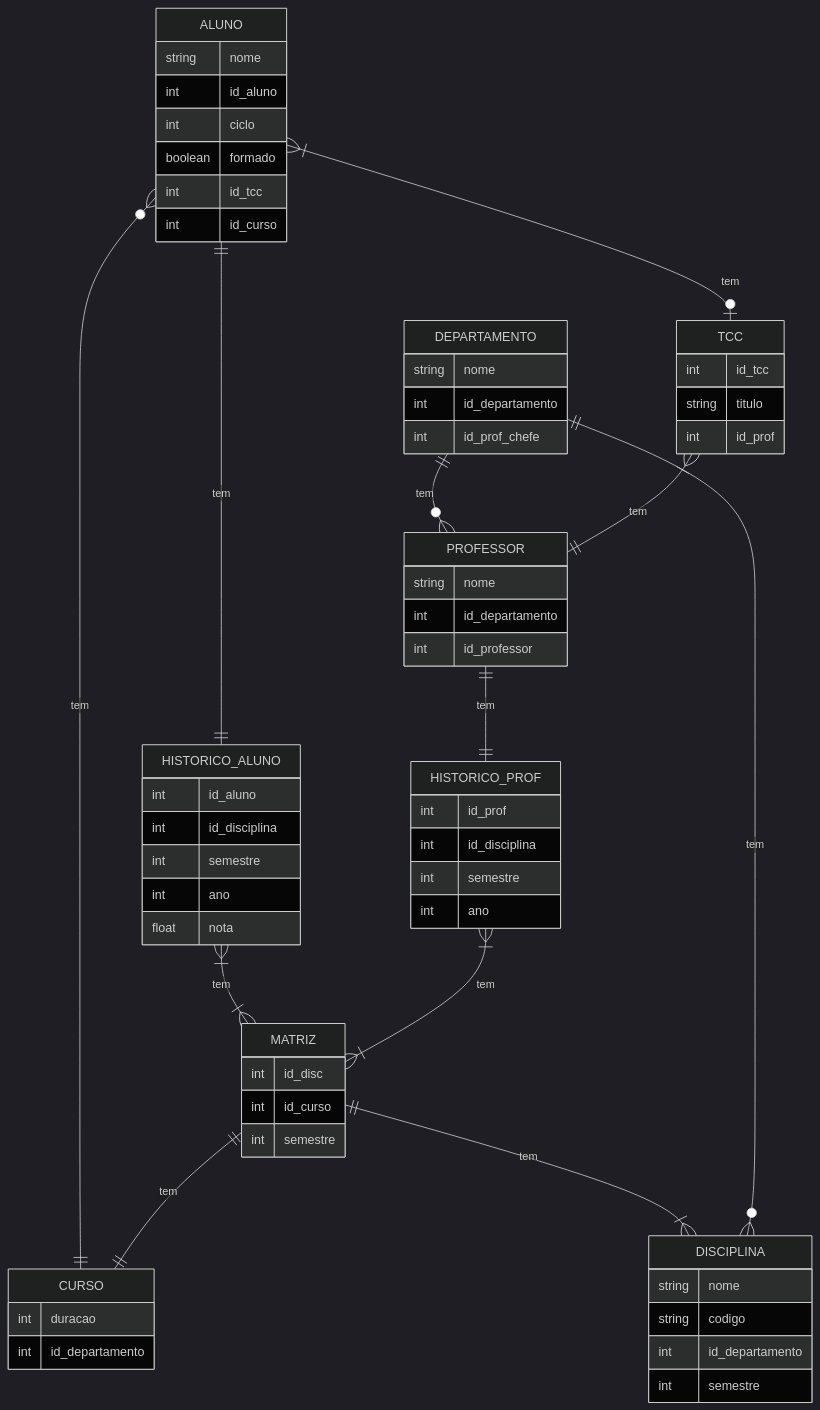
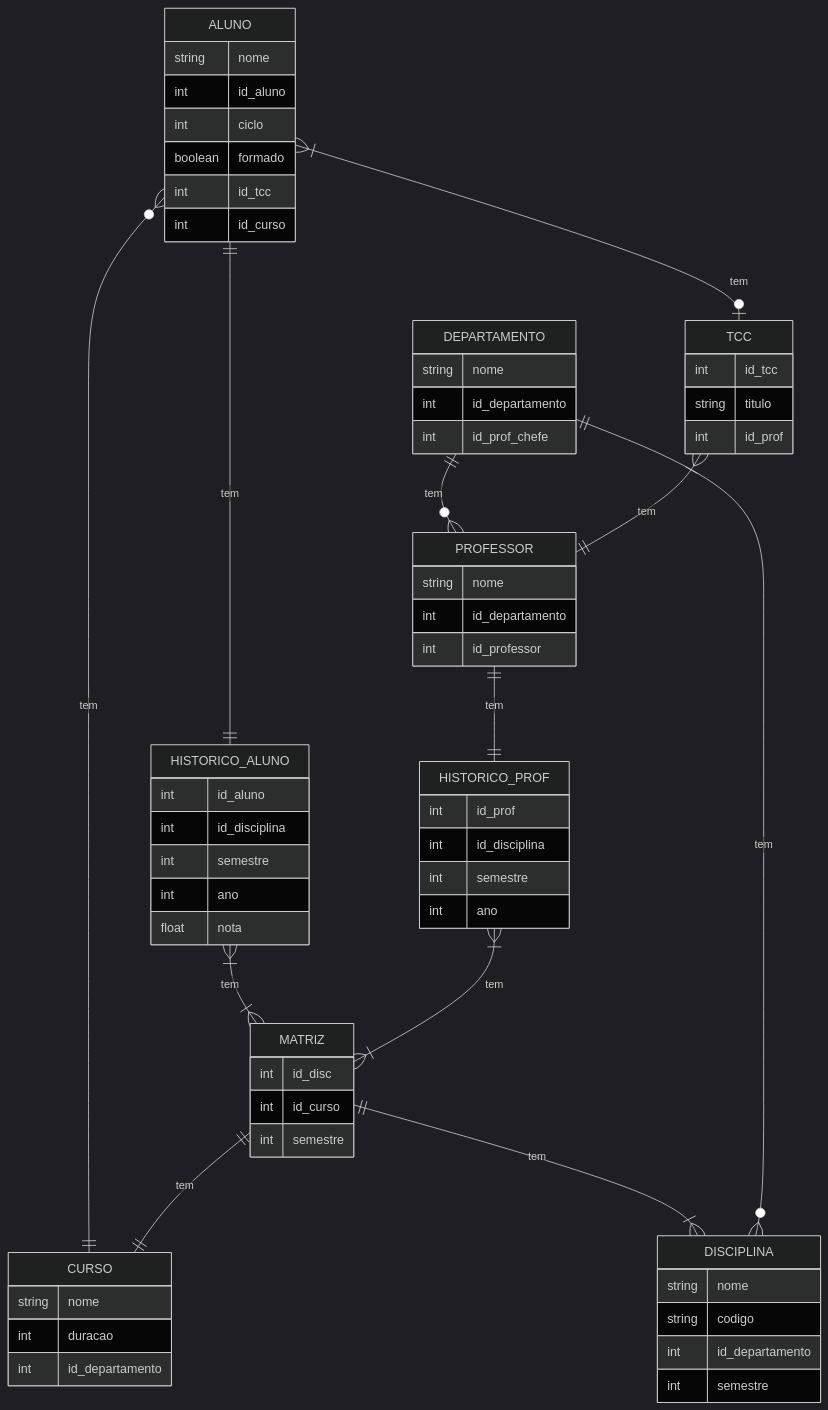
The diagram in README.md (wholocked1/Banco_de_dados), drawn with Mermaid (dark theme) before and after one commit.

````diff
--- a/README.md
+++ b/README.md
@@ -13,67 +13,68 @@
 ``` mermaid
 erDiagram
     ALUNO {
         string nome
         int id_aluno
         int ciclo
         boolean formado
         int id_tcc
         int id_curso
     }
     PROFESSOR {
         string nome
         int id_departamento
         int id_professor
     }
     DEPARTAMENTO {
         string nome
         int id_departamento
         int id_prof_chefe
     }
     HISTORICO_ALUNO{
         int id_aluno
         int id_disciplina
         int semestre
         int ano
         float nota
     }
     DISCIPLINA{
         string nome
         string codigo
         int id_departamento
         int semestre
     }
     HISTORICO_PROF{
         int id_prof
         int id_disciplina
         int semestre
         int ano
     }
     CURSO{
+        string nome
         int duracao
         int id_departamento
     }
     TCC{
         int id_tcc
         string titulo
         int id_prof
     } 
     MATRIZ{
         int id_disc
         int id_curso
         int semestre
     }
     ALUNO }o--|| CURSO : tem
     ALUNO ||--|| HISTORICO_ALUNO: tem
     PROFESSOR ||--|| HISTORICO_PROF: tem
     DEPARTAMENTO ||--o{ PROFESSOR: tem
     HISTORICO_ALUNO }|--|{ MATRIZ: tem
     HISTORICO_PROF }|--|{ MATRIZ: tem
     TCC }|--|| PROFESSOR: tem
     ALUNO }|--o| TCC: tem
     MATRIZ ||--|{ DISCIPLINA: tem
     MATRIZ ||--|| CURSO: tem
     DEPARTAMENTO ||--o{ DISCIPLINA: tem
 
   
 ```
````
